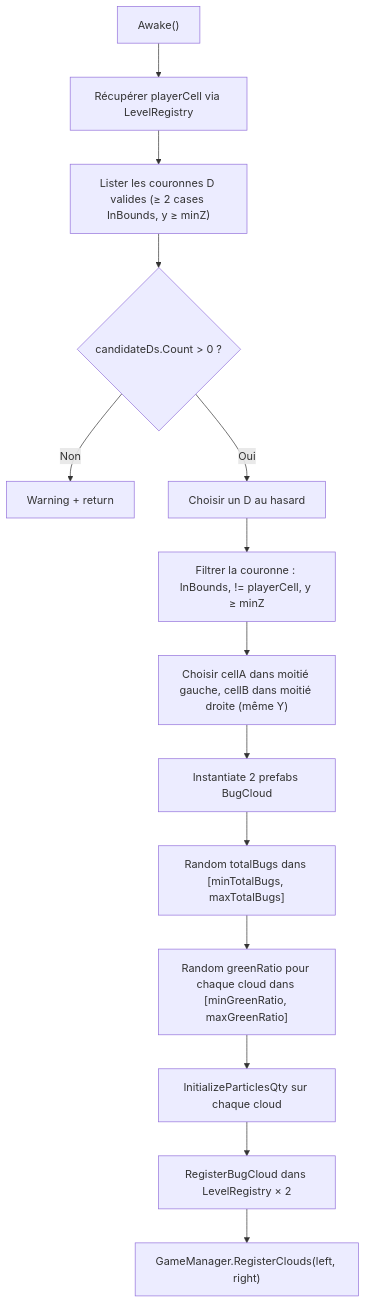
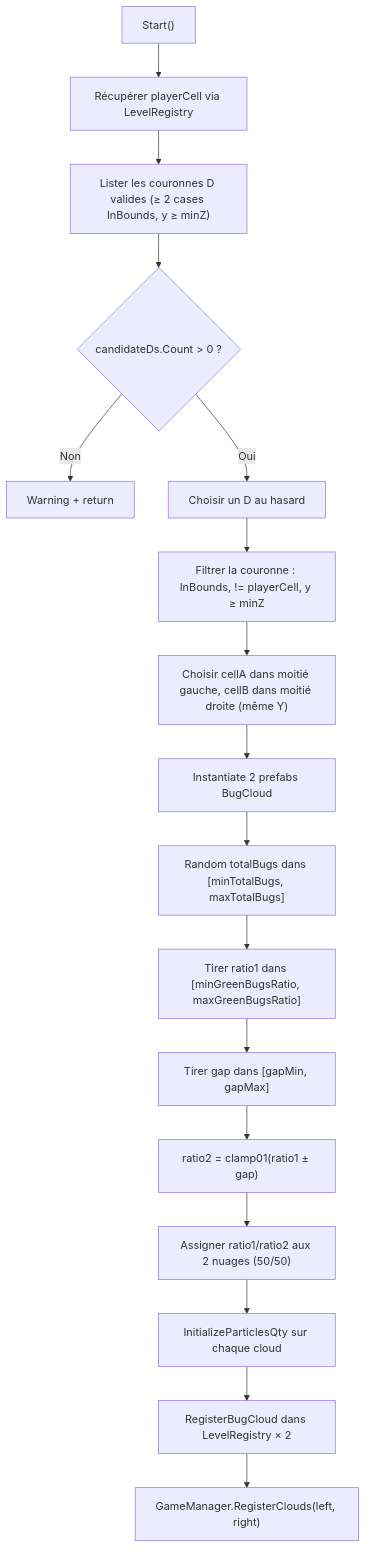
One commit to PierreChagnon/BUGS changed the third of 14 diagrams in Docs/TDD.md. Above: the diagram before and after it, drawn with Mermaid. The commit also changed other lines of this file, not shown here.

````diff
--- a/Docs/TDD.md
+++ b/Docs/TDD.md
@@ -141,16 +179,19 @@
 ```mermaid
 graph TD
-    A["Awake()"] --> B[Récupérer playerCell via LevelRegistry]
+    A["Start()"] --> B[Récupérer playerCell via LevelRegistry]
     B --> C["Lister les couronnes D valides (≥ 2 cases InBounds, y ≥ minZ)"]
     C --> D{candidateDs.Count > 0 ?}
     D -->|Non| E[Warning + return]
     D -->|Oui| F[Choisir un D au hasard]
     F --> G["Filtrer la couronne : InBounds, != playerCell, y ≥ minZ"]
     G --> H["Choisir cellA dans moitié gauche, cellB dans moitié droite (même Y)"]
     H --> I["Instantiate 2 prefabs BugCloud"]
     I --> J["Random totalBugs dans [minTotalBugs, maxTotalBugs]"]
-    J --> K["Random greenRatio pour chaque cloud dans [minGreenRatio, maxGreenRatio]"]
-    K --> L[InitializeParticlesQty sur chaque cloud]
-    L --> M[RegisterBugCloud dans LevelRegistry × 2]
-    M --> N["GameManager.RegisterClouds(left, right)"]
+    J --> K["Tirer ratio1 dans [minGreenBugsRatio, maxGreenBugsRatio]"]
+    K --> L["Tirer gap dans [gapMin, gapMax]"]
+    L --> M["ratio2 = clamp01(ratio1 ± gap)"]
+    M --> N["Assigner ratio1/ratio2 aux 2 nuages (50/50)"]
+    N --> O[InitializeParticlesQty sur chaque cloud]
+    O --> P[RegisterBugCloud dans LevelRegistry × 2]
+    P --> Q["GameManager.RegisterClouds(left, right)"]
 ```
````
